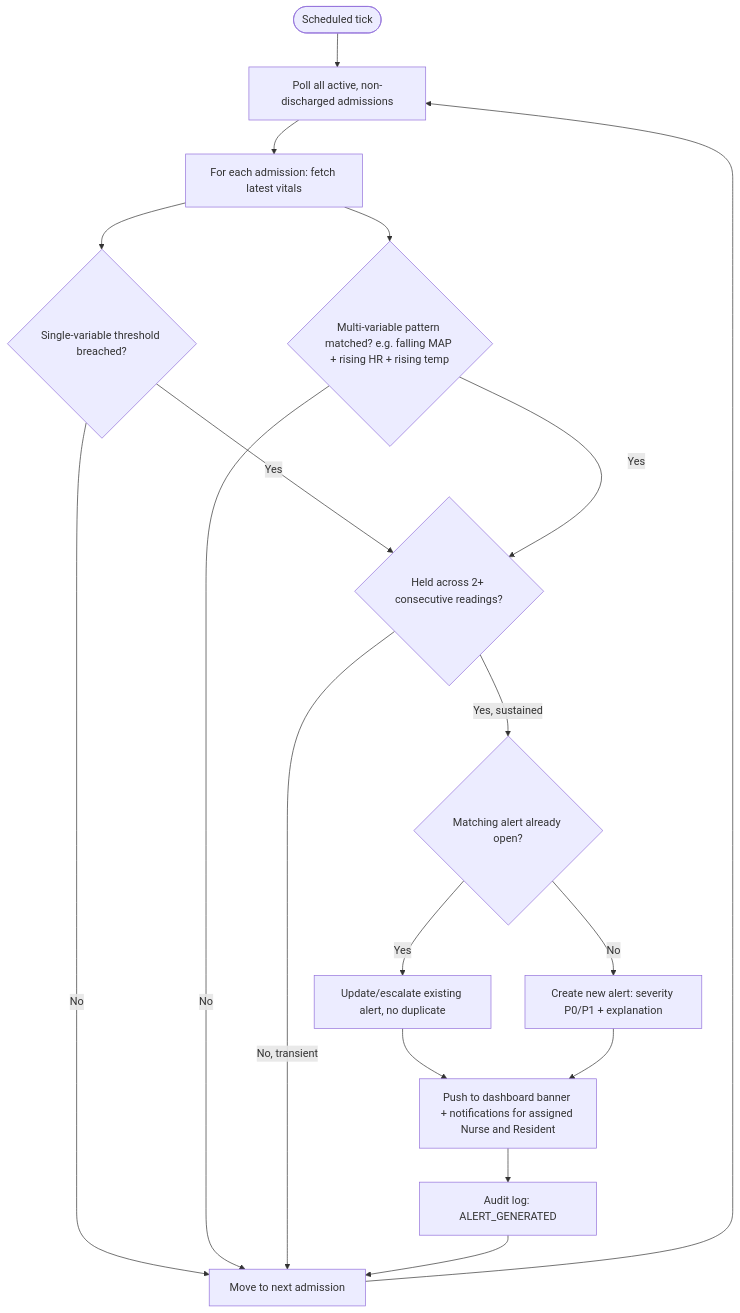
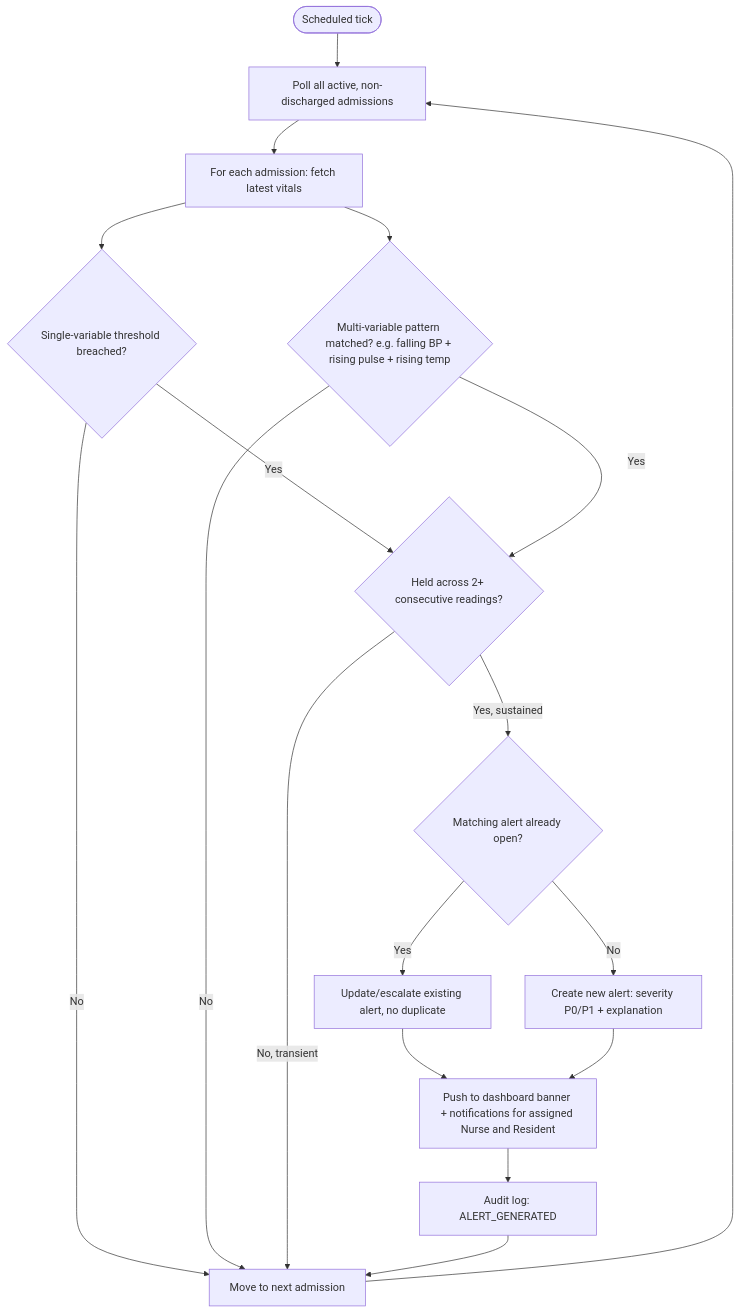
Before and after one commit to ITI-OS-Team-2026/ICU-Management-Project: diagram 13 of 16 in docs/System-Flows.md, drawn with Mermaid. The commit also changed other lines of this file and 9 other files, not shown here.

````diff
--- a/docs/System-Flows.md
+++ b/docs/System-Flows.md
@@ -392,20 +425,20 @@
 ```mermaid
 flowchart TD
     Start([Scheduled tick]) --> PollAll[Poll all active, non-discharged admissions]
     PollAll --> ForEach[For each admission: fetch latest vitals]
     ForEach --> SingleCheck{Single-variable threshold breached?}
-    ForEach --> PatternCheck{Multi-variable pattern matched? e.g. falling MAP + rising HR + rising temp}
+    ForEach --> PatternCheck{Multi-variable pattern matched? e.g. falling BP + rising pulse + rising temp}
     SingleCheck -- Yes --> Debounce{Held across 2+ consecutive readings?}
     PatternCheck -- Yes --> Debounce
     SingleCheck -- No --> NextAdmission
     PatternCheck -- No --> NextAdmission
     Debounce -- No, transient --> NextAdmission[Move to next admission]
     Debounce -- Yes, sustained --> ExistingAlert{Matching alert already open?}
     ExistingAlert -- Yes --> Escalate[Update/escalate existing alert, no duplicate]
     ExistingAlert -- No --> CreateAlert[Create new alert: severity P0/P1 + explanation]
     Escalate --> Push
     CreateAlert --> Push[Push to dashboard banner + notifications for assigned Nurse and Resident]
     Push --> AuditLog[Audit log: ALERT_GENERATED]
     AuditLog --> NextAdmission
     NextAdmission --> PollAll
 ```
````
